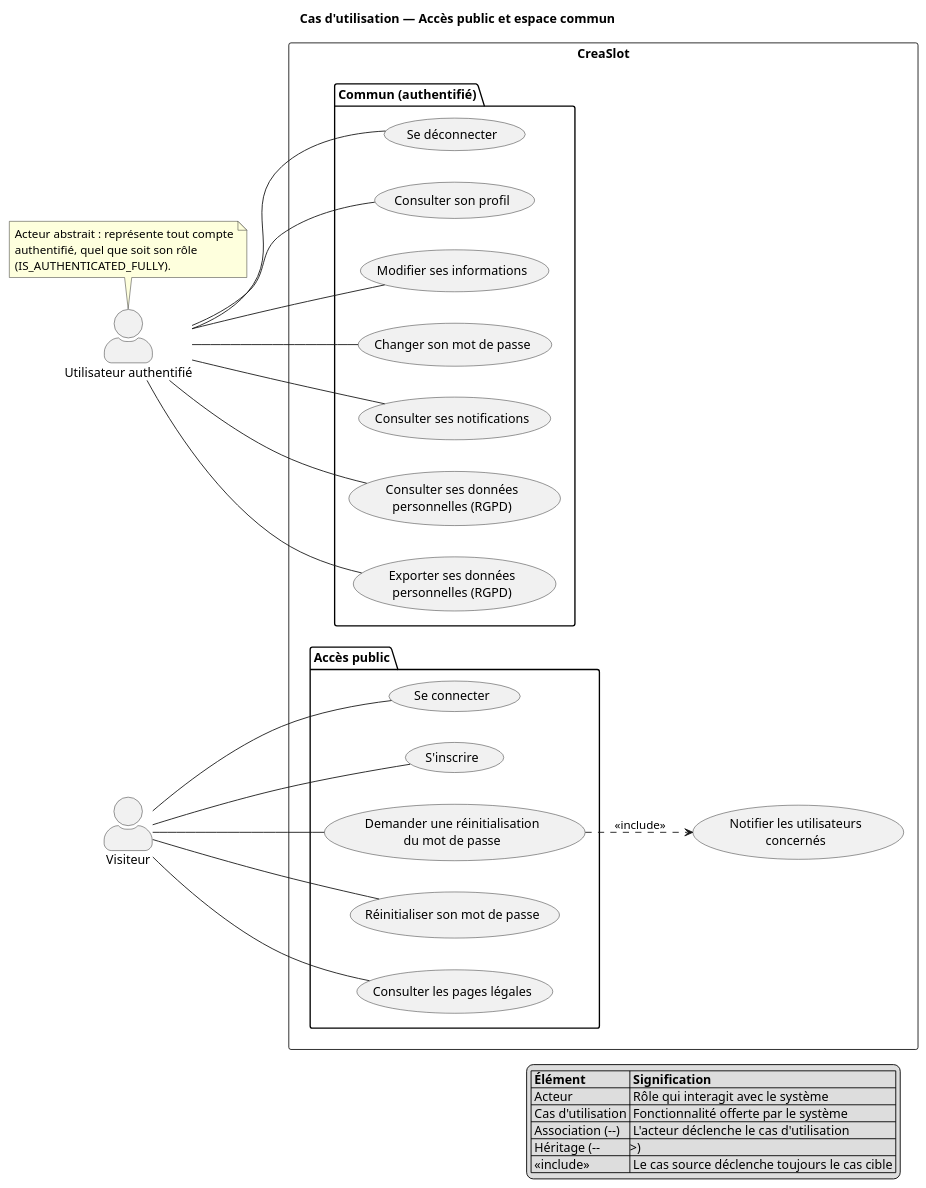
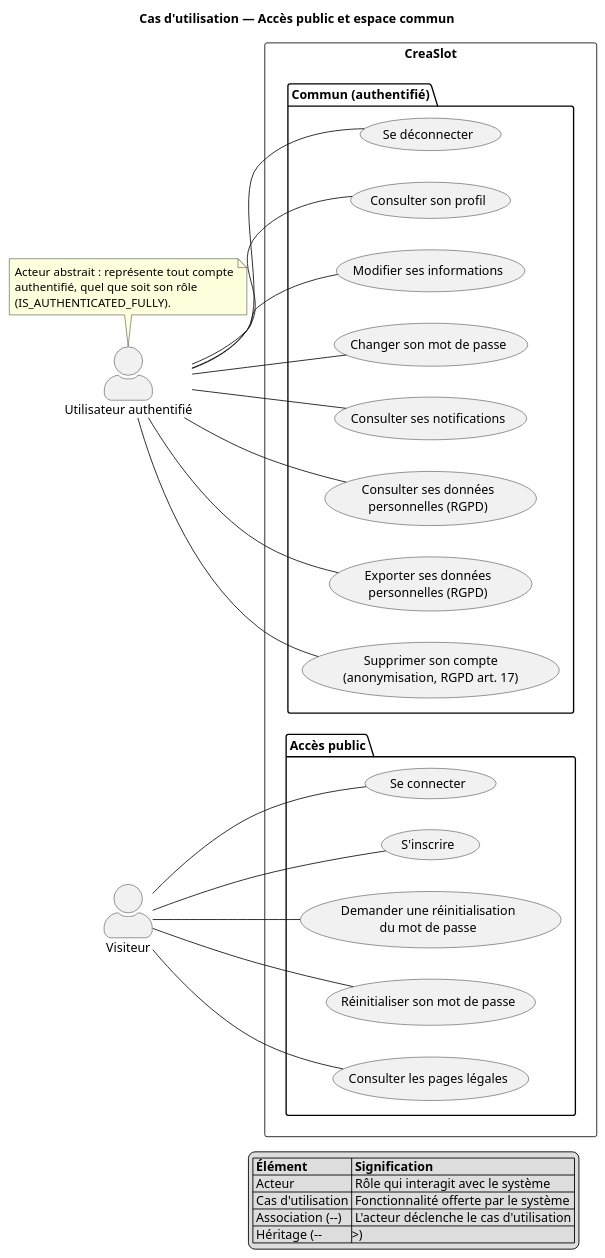
The diagram in docs/diagrammes/cas-utilisation-1-commun.puml (sgahovey/creaslot), drawn with PlantUML before and after one commit. The commit also changed 3 other files, not shown here.

First line of the commit message:
docs(diagrammes): corrige les cas d'utilisation et epure le diagramme de classes

```diff
--- a/docs/diagrammes/cas-utilisation-1-commun.puml
+++ b/docs/diagrammes/cas-utilisation-1-commun.puml
@@ -1,80 +1,81 @@
 @startuml cas-utilisation-1-commun
 ' =====================================================================
 ' CreaSlot — Cas d'utilisation 1/4 : acces public et espace commun
 '
 ' Fidele au code : chaque cas d'usage correspond a une route reellement
 ' declaree dans src/Controller/ et protegee par access_control
 ' (PUBLIC_ACCESS) ou par #[IsGranted('IS_AUTHENTICATED_FULLY')].
 '
 ' Sources : SecurityController, ResetPasswordController, LegalController,
 '           MonProfilController, NotificationListeController, ExportController.
 ' =====================================================================
 
 left to right direction
 skinparam shadowing false
 skinparam actorStyle awesome
 
 title Cas d'utilisation — Accès public et espace commun
 
 actor "Visiteur" as VISITEUR
 actor "Utilisateur authentifié" as UTILISATEUR
 
 rectangle CreaSlot {
 
     package "Accès public" {
         usecase "Se connecter"                              as UC_CONNEXION
         usecase "S'inscrire"                                as UC_INSCRIPTION
         usecase "Demander une réinitialisation\ndu mot de passe" as UC_MDP_DEMANDE
         usecase "Réinitialiser son mot de passe"            as UC_MDP_RESET
         usecase "Consulter les pages légales"               as UC_LEGAL
     }
 
     package "Commun (authentifié)" {
         usecase "Se déconnecter"                            as UC_DECONNEXION
         usecase "Consulter son profil"                      as UC_PROFIL
         usecase "Modifier ses informations"                 as UC_PROFIL_INFOS
         usecase "Changer son mot de passe"                  as UC_PROFIL_MDP
         usecase "Consulter ses notifications"               as UC_NOTIFICATIONS
         usecase "Consulter ses données\npersonnelles (RGPD)" as UC_DONNEES
         usecase "Exporter ses données\npersonnelles (RGPD)"  as UC_DONNEES_EXPORT
+        usecase "Supprimer son compte\n(anonymisation, RGPD art. 17)" as UC_SUPPRESSION
     }
-
-    usecase "Notifier les utilisateurs\nconcernés" as UC_NOTIFIER
 }
 
 ' Associations — Visiteur (routes PUBLIC_ACCESS)
 VISITEUR -- UC_CONNEXION
 VISITEUR -- UC_INSCRIPTION
 VISITEUR -- UC_MDP_DEMANDE
 VISITEUR -- UC_MDP_RESET
 VISITEUR -- UC_LEGAL
 
 ' Associations — Utilisateur authentifié (IS_AUTHENTICATED_FULLY)
 UTILISATEUR -- UC_DECONNEXION
 UTILISATEUR -- UC_PROFIL
 UTILISATEUR -- UC_PROFIL_INFOS
 UTILISATEUR -- UC_PROFIL_MDP
 UTILISATEUR -- UC_NOTIFICATIONS
 UTILISATEUR -- UC_DONNEES
 UTILISATEUR -- UC_DONNEES_EXPORT
+UTILISATEUR -- UC_SUPPRESSION
 
-' Include — ResetPasswordController envoie l'email de reinitialisation
-' via NotificationService::envoyer().
-UC_MDP_DEMANDE ..> UC_NOTIFIER : <<include>>
+' La réinitialisation du mot de passe envoie un E-MAIL
+' (ResetPasswordController -> NotificationService::envoyer via Mailer),
+' PAS une notification in-app : aucune relation <<include>> vers un cas
+' "notification". Les notifications in-app ne concernent que le cycle
+' réservation/créneau (cf. TypeNotification : 5 types seulement).
 
 note top of UTILISATEUR
   Acteur abstrait : représente tout compte
   authentifié, quel que soit son rôle
   (IS_AUTHENTICATED_FULLY).
 end note
 
 legend right
   | **Élément** | **Signification** |
   | Acteur | Rôle qui interagit avec le système |
   | Cas d'utilisation | Fonctionnalité offerte par le système |
   | Association (--) | L'acteur déclenche le cas d'utilisation |
   | Héritage (--|>) | L'acteur fils hérite des cas du parent |
-  | <<include>> | Le cas source déclenche toujours le cas cible |
 endlegend
 
 @enduml
```
